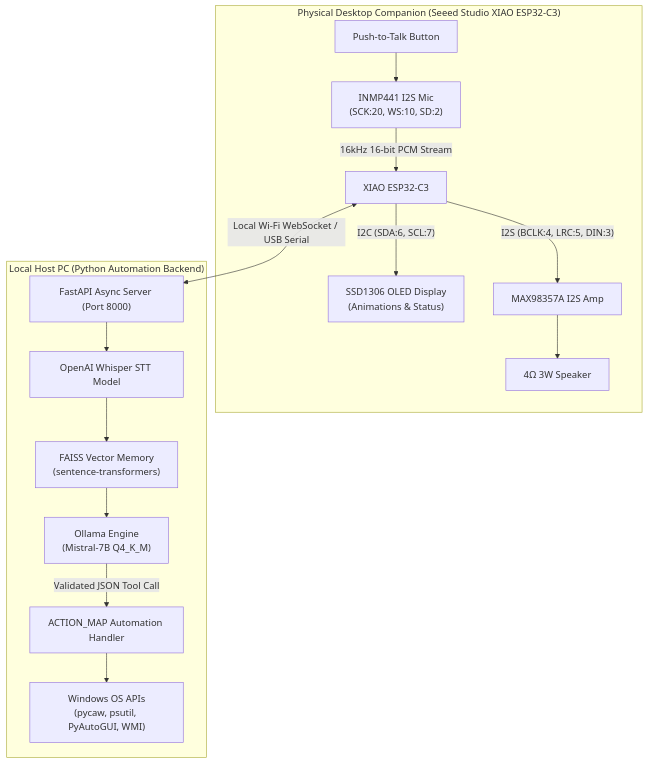
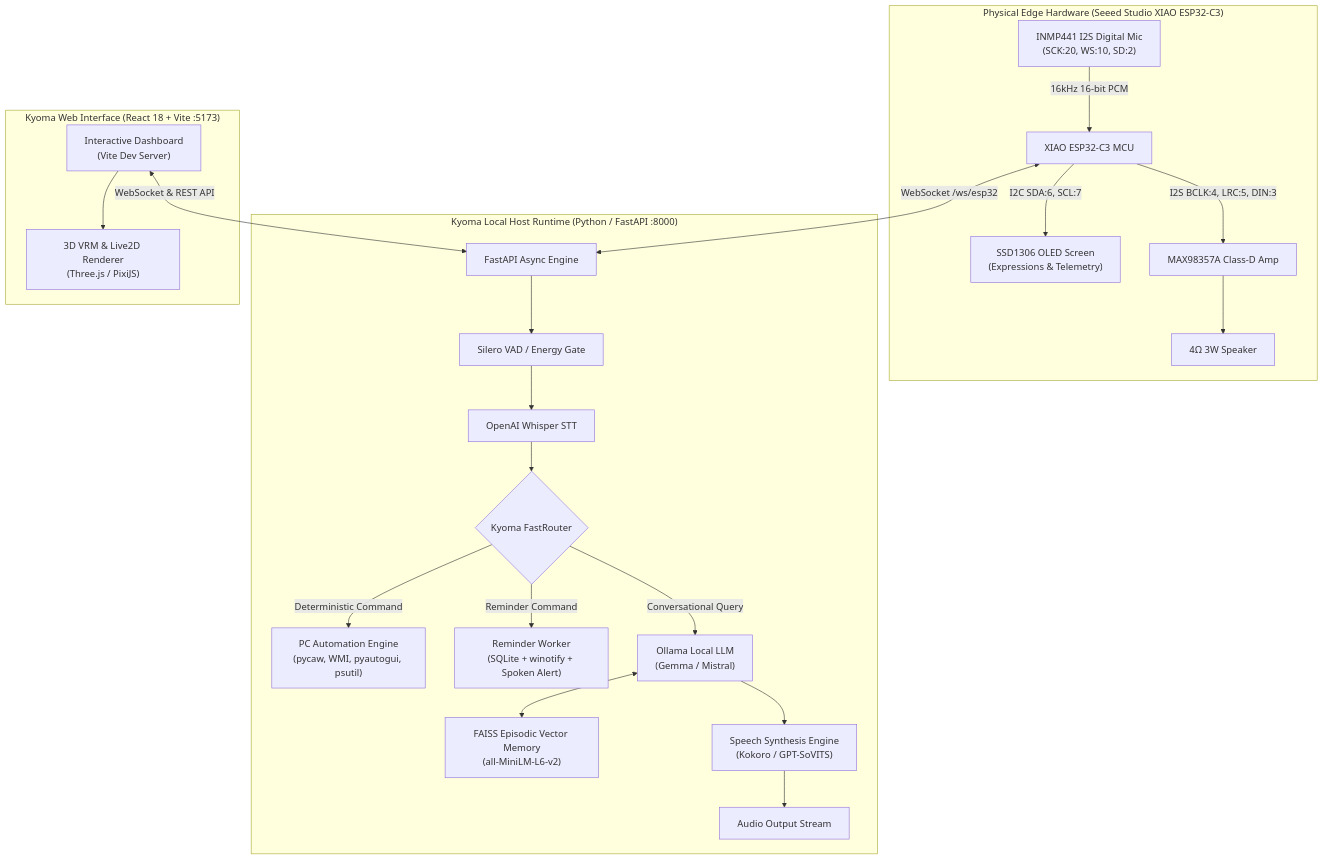
The diagram in readme.md (Harsha-Kyle/KYOMA), drawn with Mermaid before and after one commit. The commit also changed other lines of this file, not shown here.

Commit message:
docs: redesign README for Kyoma v2.17.0 release

````diff
--- a/readme.md
+++ b/readme.md
@@ -86,19 +80,29 @@
 ```mermaid
 flowchart TD
-    subgraph Edge ["Physical Desktop Companion (Seeed Studio XIAO ESP32-C3)"]
-        PUSH["Push-to-Talk Button"] --> MIC["INMP441 I2S Mic\n(SCK:20, WS:10, SD:2)"]
-        MIC -- "16kHz 16-bit PCM Stream" --> ESP["XIAO ESP32-C3"]
-        ESP -- "I2C (SDA:6, SCL:7)" --> OLED["SSD1306 OLED Display\n(Animations & Status)"]
-        ESP -- "I2S (BCLK:4, LRC:5, DIN:3)" --> AMP["MAX98357A I2S Amp"]
+    subgraph Hardware ["Physical Edge Hardware (Seeed Studio XIAO ESP32-C3)"]
+        MIC["INMP441 I2S Digital Mic\n(SCK:20, WS:10, SD:2)"] -->|16kHz 16-bit PCM| ESP["XIAO ESP32-C3 MCU"]
+        ESP -->|I2C SDA:6, SCL:7| OLED["SSD1306 OLED Screen\n(Expressions & Telemetry)"]
+        ESP -->|I2S BCLK:4, LRC:5, DIN:3| AMP["MAX98357A Class-D Amp"]
         AMP --> SPK["4Ω 3W Speaker"]
     end
 
-    subgraph Host ["Local Host PC (Python Automation Backend)"]
-        ESP <--> |"Local Wi-Fi WebSocket / USB Serial"| FAST["FastAPI Async Server (Port 8000)"]
-        FAST --> STT["OpenAI Whisper STT Model"]
-        STT --> RAG["FAISS Vector Memory\n(sentence-transformers)"]
-        RAG --> LLM["Ollama Engine\n(Mistral-7B Q4_K_M)"]
-        LLM -- "Validated JSON Tool Call" --> ACT["ACTION_MAP Automation Handler"]
-        ACT --> OS["Windows OS APIs\n(pycaw, psutil, PyAutoGUI, WMI)"]
+    subgraph Backend ["Kyoma Local Host Runtime (Python / FastAPI :8000)"]
+        ESP <-->|WebSocket /ws/esp32| SRV["FastAPI Async Engine"]
+        SRV --> VAD["Silero VAD / Energy Gate"]
+        VAD --> STT["OpenAI Whisper STT"]
+        STT --> ROUTER{"Kyoma FastRouter"}
+
+        ROUTER -->|Deterministic Command| AUTO["PC Automation Engine\n(pycaw, WMI, pyautogui, psutil)"]
+        ROUTER -->|Reminder Command| REM["Reminder Worker\n(SQLite + winotify + Spoken Alert)"]
+        ROUTER -->|Conversational Query| LLM["Ollama Local LLM\n(Gemma / Mistral)"]
+
+        LLM <--> MEM["FAISS Episodic Vector Memory\n(all-MiniLM-L6-v2)"]
+        LLM --> TTS["Speech Synthesis Engine\n(Kokoro / GPT-SoVITS)"]
+        TTS --> AUDIO["Audio Output Stream"]
+    end
+
+    subgraph Frontend ["Kyoma Web Interface (React 18 + Vite :5173)"]
+        UI["Interactive Dashboard\n(Vite Dev Server)"] <-->|WebSocket & REST API| SRV
+        UI --> REND["3D VRM & Live2D Renderer\n(Three.js / PixiJS)"]
     end
 ```
````
